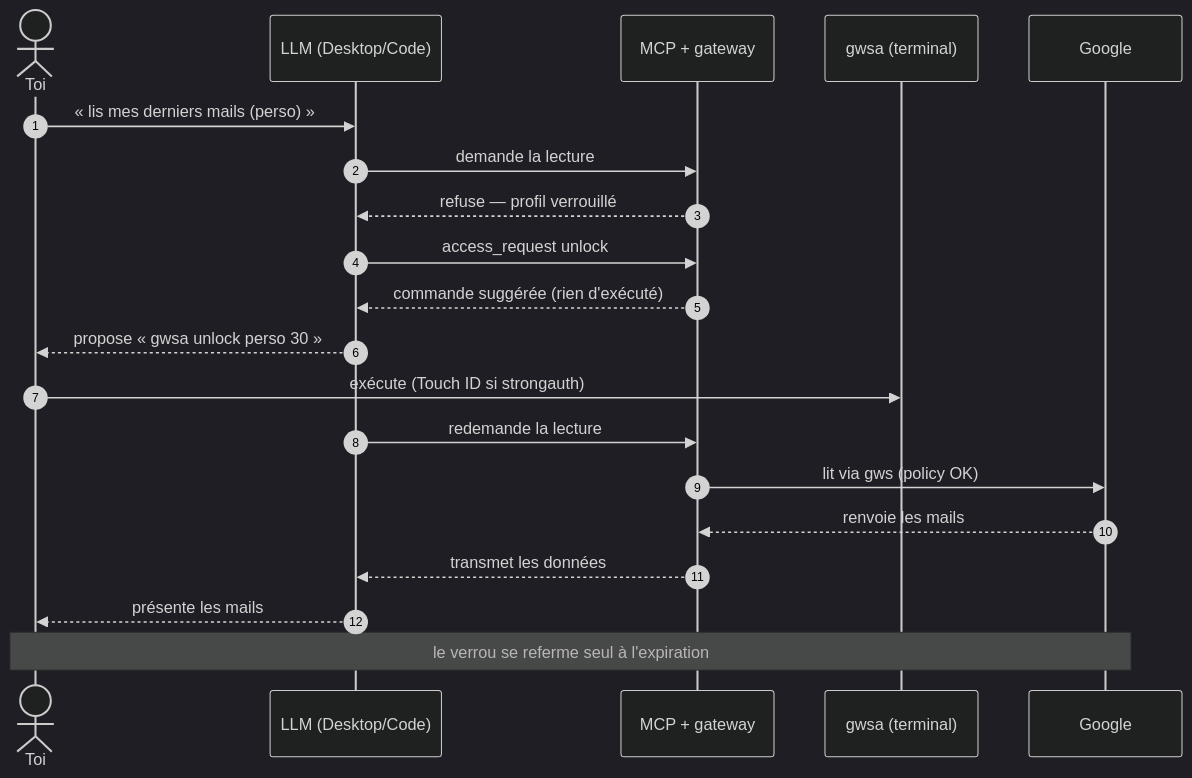
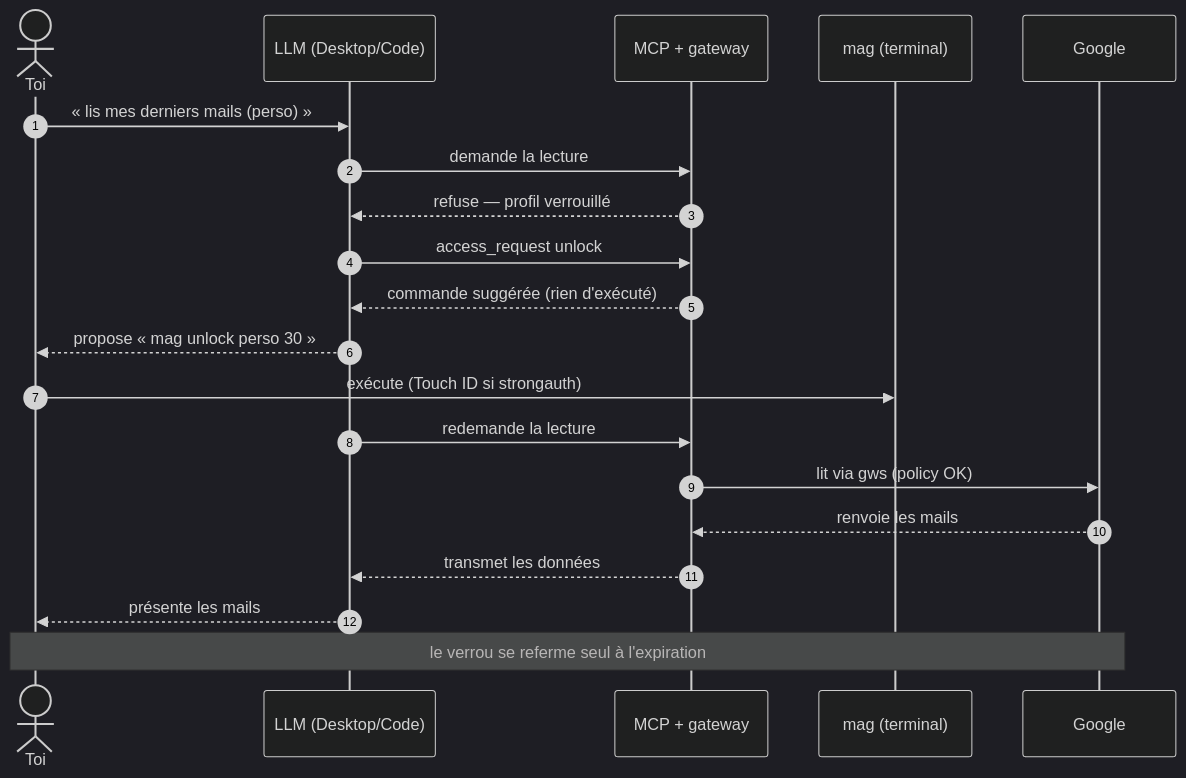
Before and after one commit to elzinko/google-mcp-multi-account: the diagram in diagrams/lecture-donnees-elicitee/README.md, drawn with Mermaid (dark theme). The commit also changed 123 other files, not shown here.

````diff
--- a/diagrams/lecture-donnees-elicitee/README.md
+++ b/diagrams/lecture-donnees-elicitee/README.md
@@ -20,24 +20,24 @@
 ```mermaid
 sequenceDiagram
     autonumber
     actor Toi
     participant LLM as LLM (Desktop/Code)
     participant MCP as MCP + gateway
-    participant GWSA as gwsa (terminal)
+    participant GWSA as mag (terminal)
     participant Google
 
     Toi->>LLM: « lis mes derniers mails (perso) »
     LLM->>MCP: demande la lecture
     MCP-->>LLM: refuse — profil verrouillé
     LLM->>MCP: access_request unlock
     MCP-->>LLM: commande suggérée (rien d'exécuté)
-    LLM-->>Toi: propose « gwsa unlock perso 30 »
+    LLM-->>Toi: propose « mag unlock perso 30 »
     Toi->>GWSA: exécute (Touch ID si strongauth)
     LLM->>MCP: redemande la lecture
     MCP->>Google: lit via gws (policy OK)
     Google-->>MCP: renvoie les mails
     MCP-->>LLM: transmet les données
     LLM-->>Toi: présente les mails
     Note over Toi,Google: le verrou se referme seul à l'expiration
 
 ```
````
